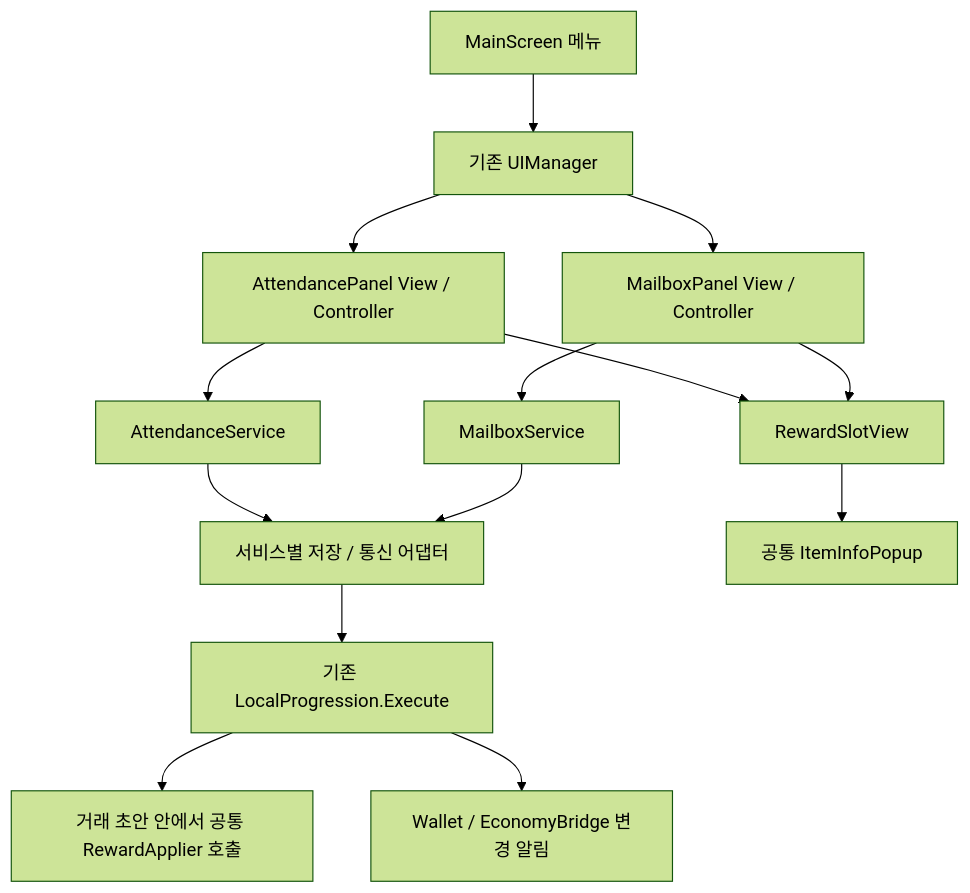
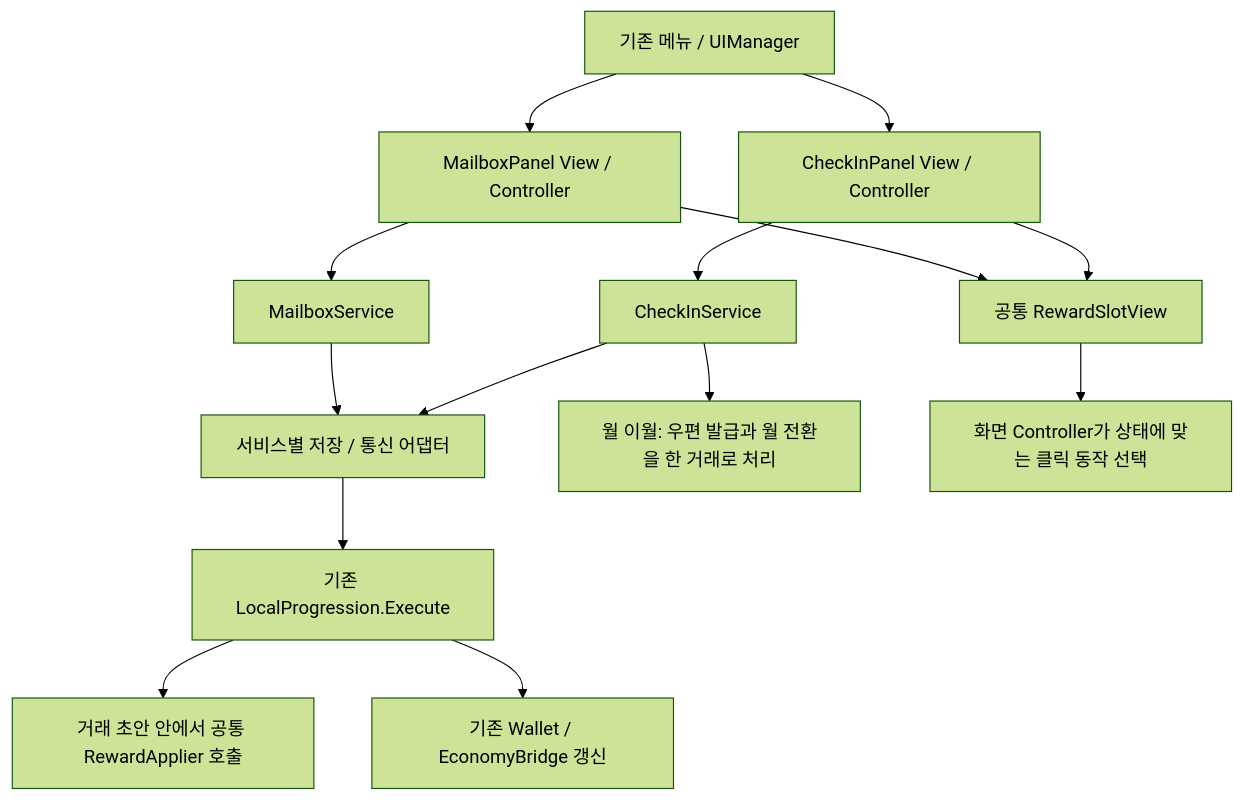
Before and after one commit to llexxid/project-k: the diagram in Assets/UGUI/README.md, drawn with Mermaid (forest theme). The commit also changed other lines of this file and 1 other file, not shown here.

Commit message:
docs(ui): revise CheckIn and mailbox wireframes and design

````diff
--- a/Assets/UGUI/README.md
+++ b/Assets/UGUI/README.md
@@ -164,16 +164,16 @@
 ```mermaid
 flowchart TD
-    Main[MainScreen 메뉴] --> UI[기존 UIManager]
-    UI --> AttendanceUI[AttendancePanel View / Controller]
-    UI --> MailUI[MailboxPanel View / Controller]
-    AttendanceUI --> Attendance[AttendanceService]
+    Menu[기존 메뉴 / UIManager] --> CheckInUI[CheckInPanel View / Controller]
+    Menu --> MailUI[MailboxPanel View / Controller]
+    CheckInUI --> CheckIn[CheckInService]
     MailUI --> Mailbox[MailboxService]
-    Attendance --> Store[서비스별 저장 / 통신 어댑터]
+    CheckIn --> Store[서비스별 저장 / 통신 어댑터]
     Mailbox --> Store
-    Store --> Progression[기존 LocalProgression.Execute]
-    Progression --> Applier[거래 초안 안에서 공통 RewardApplier 호출]
-    Progression --> Wallet[Wallet / EconomyBridge 변경 알림]
-    AttendanceUI --> Slot[RewardSlotView]
+    Store --> Transaction[기존 LocalProgression.Execute]
+    Transaction --> Applier[거래 초안 안에서 공통 RewardApplier 호출]
+    Transaction --> HUD[기존 Wallet / EconomyBridge 갱신]
+    CheckIn --> Rollover[월 이월: 우편 발급과 월 전환을 한 거래로 처리]
+    CheckInUI --> Slot[공통 RewardSlotView]
     MailUI --> Slot
-    Slot --> Info[공통 ItemInfoPopup]
+    Slot --> Action[화면 Controller가 상태에 맞는 클릭 동작 선택]
 ```
````
